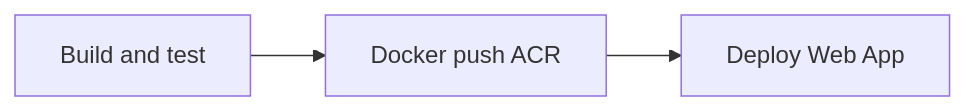
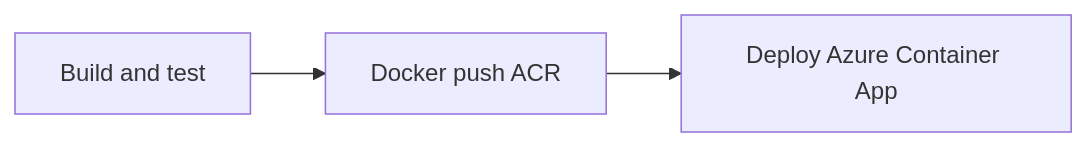
Before and after one commit to apincherle/HAG_CUST_APIS: the diagram in doc/azure_devops_pipeline_setup.md, drawn with Mermaid. The commit also changed other lines of this file and 3 other files, not shown here.

Commit message:
Refactor Azure pipeline to build, push, and deploy to Azure Container Apps; update variables and stages for new deployment strategy, including resource group and container app configurations.

````diff
--- a/doc/azure_devops_pipeline_setup.md
+++ b/doc/azure_devops_pipeline_setup.md
@@ -8,5 +9,5 @@
 ```mermaid
 flowchart LR
   A[Build and test] --> B[Docker push ACR]
-  B --> C[Deploy Web App]
+  B --> C[Deploy Azure Container App]
 ```
````
